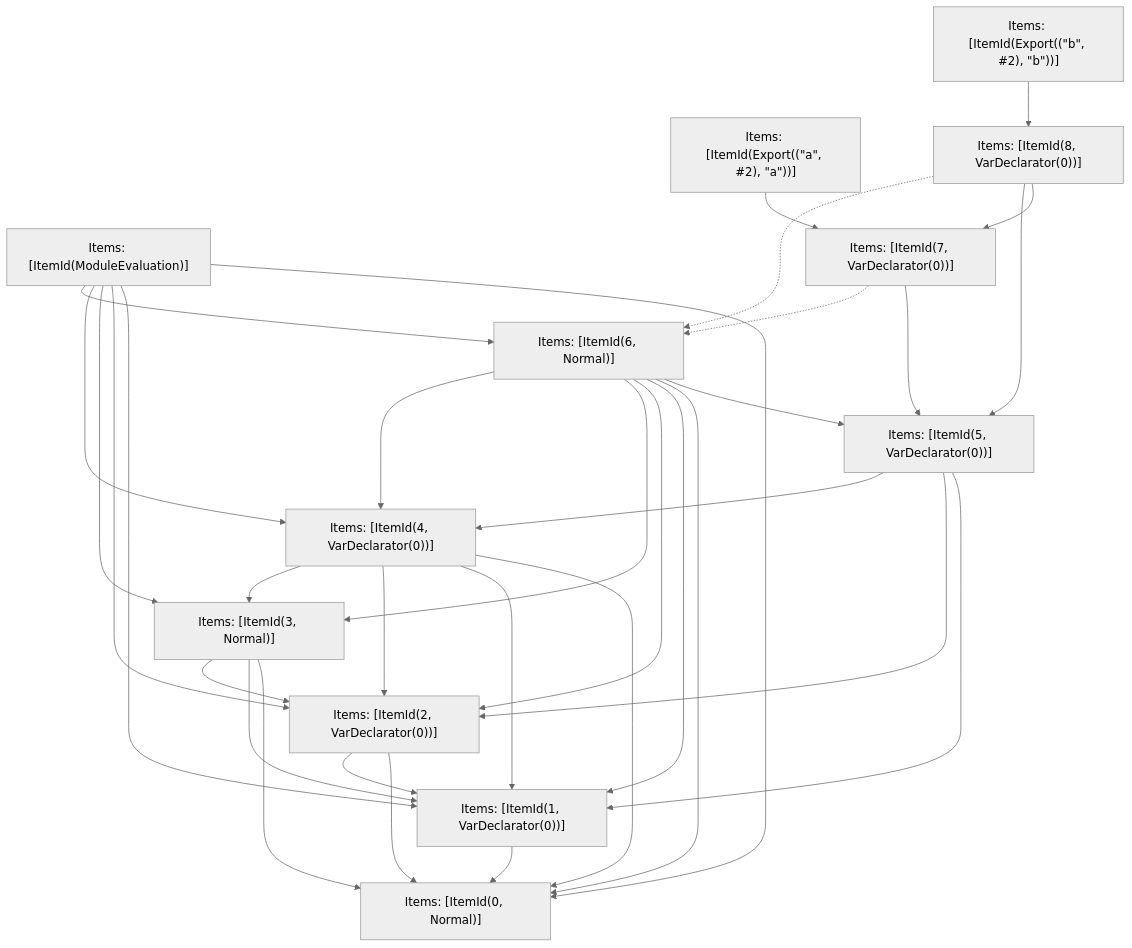
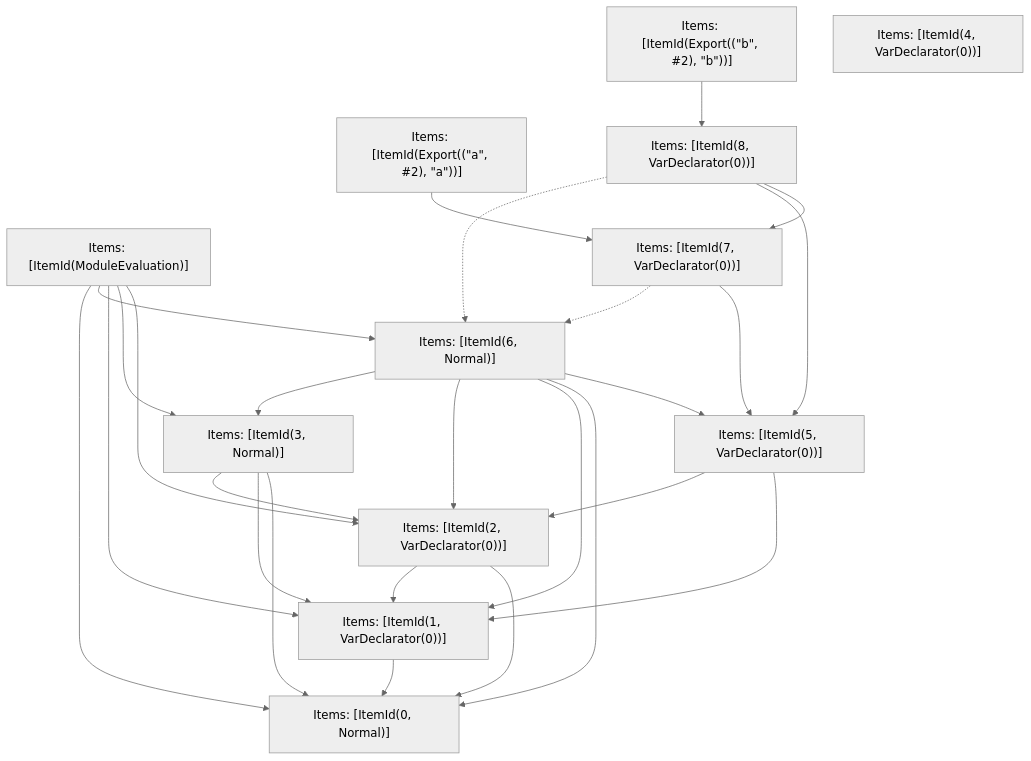
One commit to phidol/next.js changed the fifth of 5 diagrams in turbopack/crates/turbopack-ecmascript/tests/tree-shaker/analyzer/shared-and-side-effects/output.md. Above: the diagram before and after it, drawn with Mermaid (neutral theme). The commit also changed other lines of this file and 64 other files, not shown here.

````diff
--- a/turbopack/crates/turbopack-ecmascript/tests/tree-shaker/analyzer/shared-and-side-effects/output.md
+++ b/turbopack/crates/turbopack-ecmascript/tests/tree-shaker/analyzer/shared-and-side-effects/output.md
@@ -270,47 +270,40 @@
 ```mermaid
 graph TD
     N0["Items: [ItemId(0, Normal)]"];
     N1["Items: [ItemId(1, VarDeclarator(0))]"];
     N2["Items: [ItemId(2, VarDeclarator(0))]"];
     N3["Items: [ItemId(3, Normal)]"];
-    N4["Items: [ItemId(4, VarDeclarator(0))]"];
+    N4["Items: [ItemId(Export((&quot;b&quot;, #2), &quot;b&quot;))]"];
     N5["Items: [ItemId(5, VarDeclarator(0))]"];
     N6["Items: [ItemId(6, Normal)]"];
     N7["Items: [ItemId(ModuleEvaluation)]"];
     N8["Items: [ItemId(7, VarDeclarator(0))]"];
     N9["Items: [ItemId(Export((&quot;a&quot;, #2), &quot;a&quot;))]"];
     N10["Items: [ItemId(8, VarDeclarator(0))]"];
-    N11["Items: [ItemId(Export((&quot;b&quot;, #2), &quot;b&quot;))]"];
+    N11["Items: [ItemId(4, VarDeclarator(0))]"];
     N1 --> N0;
     N2 --> N0;
     N2 --> N1;
     N3 --> N0;
     N3 --> N1;
     N3 --> N2;
-    N4 --> N0;
-    N4 --> N1;
-    N4 --> N2;
-    N4 --> N3;
+    N7 --> N2;
+    N7 --> N3;
+    N7 --> N1;
+    N7 --> N6;
     N5 --> N1;
     N5 --> N2;
-    N5 --> N4;
+    N4 --> N10;
     N6 --> N5;
     N6 --> N0;
     N6 --> N1;
     N6 --> N2;
     N6 --> N3;
-    N6 --> N4;
+    N7 --> N0;
     N8 --> N5;
     N8 -.-> N6;
     N10 --> N8;
     N10 --> N5;
     N10 -.-> N6;
     N9 --> N8;
-    N11 --> N10;
-    N7 --> N0;
-    N7 --> N1;
-    N7 --> N2;
-    N7 --> N3;
-    N7 --> N4;
-    N7 --> N6;
 ```
````
